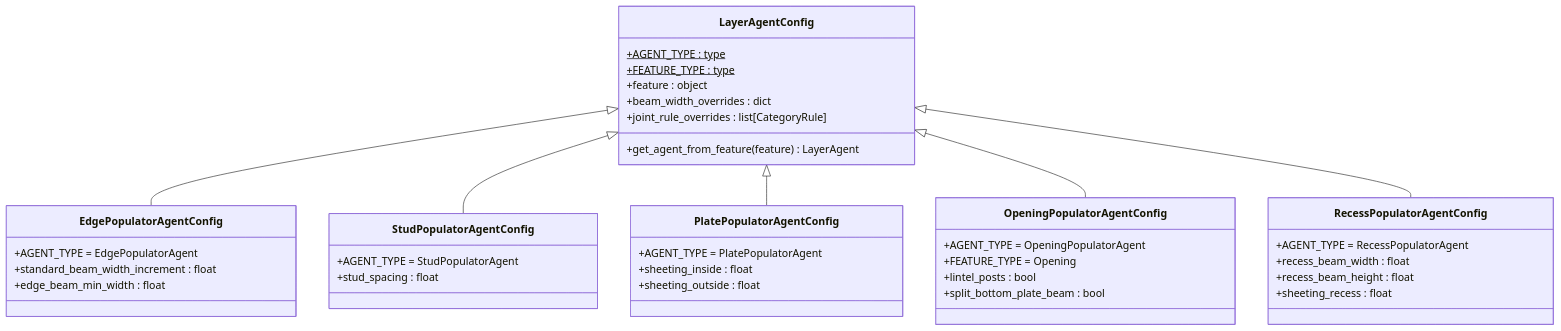
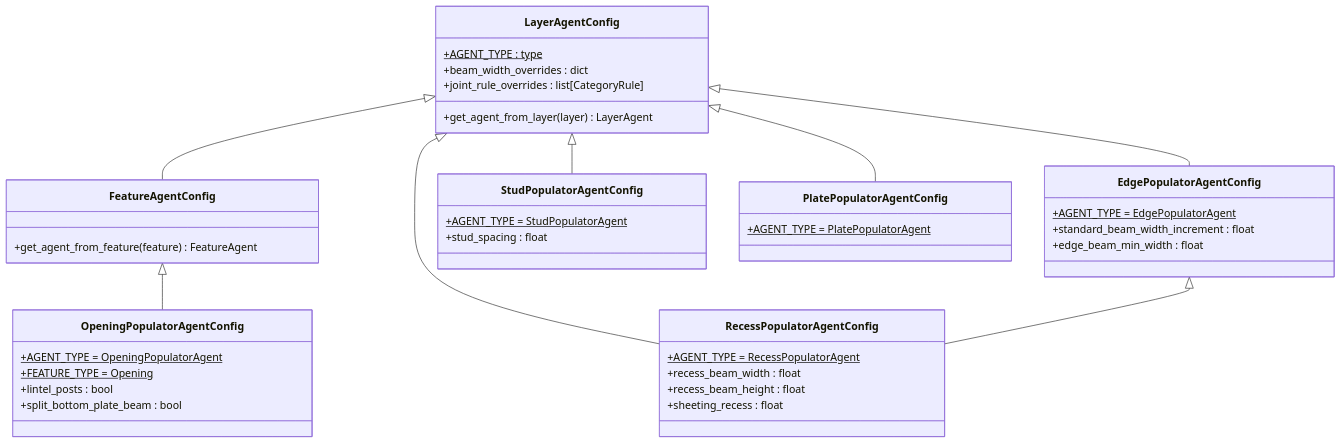
One commit to gramaziokohler/timber_design changed the fifth of 7 diagrams in docs/contribution/class_diagrams.md. Above: the diagram before and after it, drawn with Mermaid. The commit also changed other lines of this file and 27 other files, not shown here.

````diff
--- a/docs/contribution/class_diagrams.md
+++ b/docs/contribution/class_diagrams.md
@@ -231,50 +315,52 @@
 ```mermaid
 classDiagram
 
     class LayerAgentConfig {
         +AGENT_TYPE : type$
-        +FEATURE_TYPE : type$
-        +feature : object
         +beam_width_overrides : dict
         +joint_rule_overrides : list[CategoryRule]
-        +get_agent_from_feature(feature) LayerAgent
+        +get_agent_from_layer(layer) LayerAgent
+    }
+
+    class FeatureAgentConfig {
+        +get_agent_from_feature(feature) FeatureAgent
     }
 
     class EdgePopulatorAgentConfig {
-        +AGENT_TYPE = EdgePopulatorAgent
+        +AGENT_TYPE = EdgePopulatorAgent$
         +standard_beam_width_increment : float
         +edge_beam_min_width : float
     }
 
     class StudPopulatorAgentConfig {
-        +AGENT_TYPE = StudPopulatorAgent
+        +AGENT_TYPE = StudPopulatorAgent$
         +stud_spacing : float
     }
 
     class PlatePopulatorAgentConfig {
-        +AGENT_TYPE = PlatePopulatorAgent
-        +sheeting_inside : float
-        +sheeting_outside : float
+        +AGENT_TYPE = PlatePopulatorAgent$
     }
 
     class OpeningPopulatorAgentConfig {
-        +AGENT_TYPE = OpeningPopulatorAgent
-        +FEATURE_TYPE = Opening
+        +AGENT_TYPE = OpeningPopulatorAgent$
+        +FEATURE_TYPE = Opening$
         +lintel_posts : bool
         +split_bottom_plate_beam : bool
     }
 
     class RecessPopulatorAgentConfig {
-        +AGENT_TYPE = RecessPopulatorAgent
+        +AGENT_TYPE = RecessPopulatorAgent$
         +recess_beam_width : float
         +recess_beam_height : float
         +sheeting_recess : float
     }
 
-    %% Inheritance
+    LayerAgentConfig <|-- FeatureAgentConfig
     LayerAgentConfig <|-- EdgePopulatorAgentConfig
     LayerAgentConfig <|-- StudPopulatorAgentConfig
     LayerAgentConfig <|-- PlatePopulatorAgentConfig
-    LayerAgentConfig <|-- OpeningPopulatorAgentConfig
     LayerAgentConfig <|-- RecessPopulatorAgentConfig
+    FeatureAgentConfig <|-- OpeningPopulatorAgentConfig
+
+    EdgePopulatorAgentConfig <|-- RecessPopulatorAgentConfig
 ```
````
